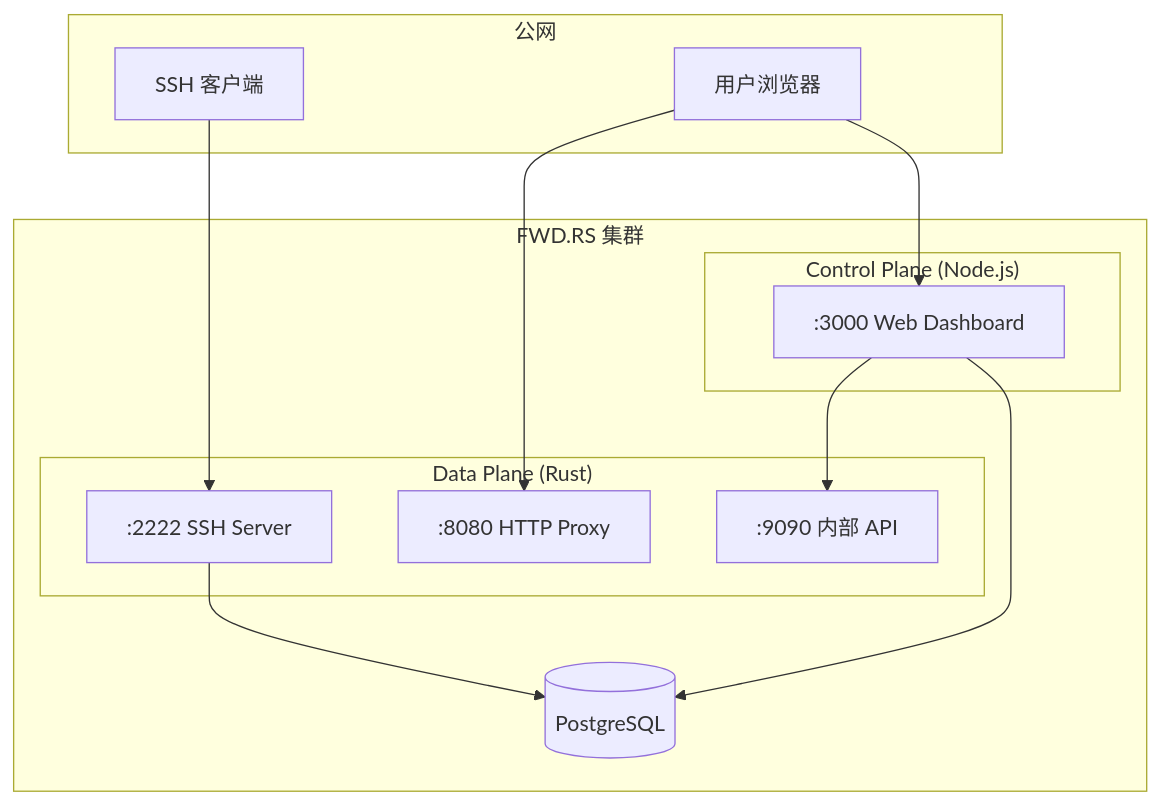
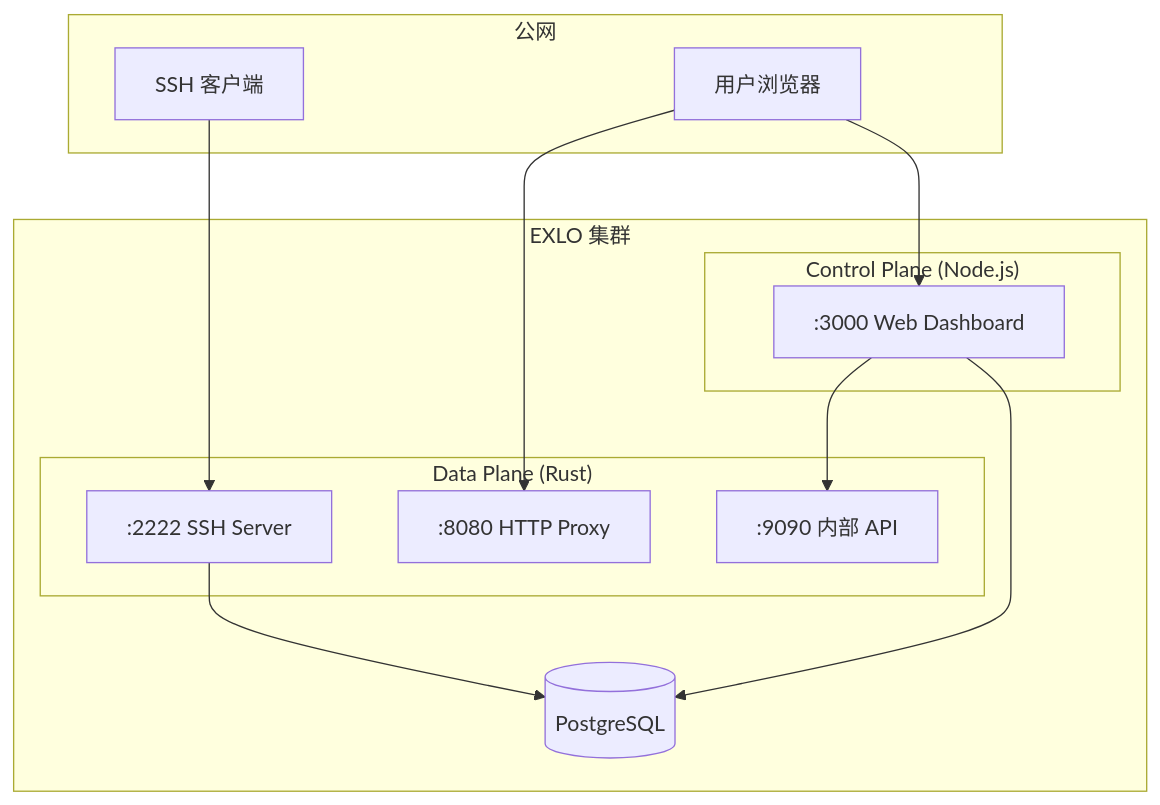
The diagram in apps/docs/content/docs/deployment/index.mdx (ZingerLittleBee/EXLO), drawn with Mermaid before and after one commit. The commit also changed other lines of this file and 8 other files, not shown here.

Commit message:
refactor: rename FWD.RS to EXLO across the codebase and documentation.

````diff
--- a/apps/docs/content/docs/deployment/index.mdx
+++ b/apps/docs/content/docs/deployment/index.mdx
@@ -13,28 +13,28 @@
 ```mermaid
 graph TB
     subgraph "公网"
         User[用户浏览器]
         SSH[SSH 客户端]
     end
 
-    subgraph "FWD.RS 集群"
+    subgraph "EXLO 集群"
         subgraph "Data Plane (Rust)"
             SSH_Server[":2222 SSH Server"]
             HTTP_Proxy[":8080 HTTP Proxy"]
             Mgmt_API[":9090 内部 API"]
         end
 
         subgraph "Control Plane (Node.js)"
             Web[":3000 Web Dashboard"]
         end
 
         DB[(PostgreSQL)]
     end
 
     SSH --> SSH_Server
     User --> HTTP_Proxy
     User --> Web
     Web --> Mgmt_API
     SSH_Server --> DB
     Web --> DB
 ```
````
